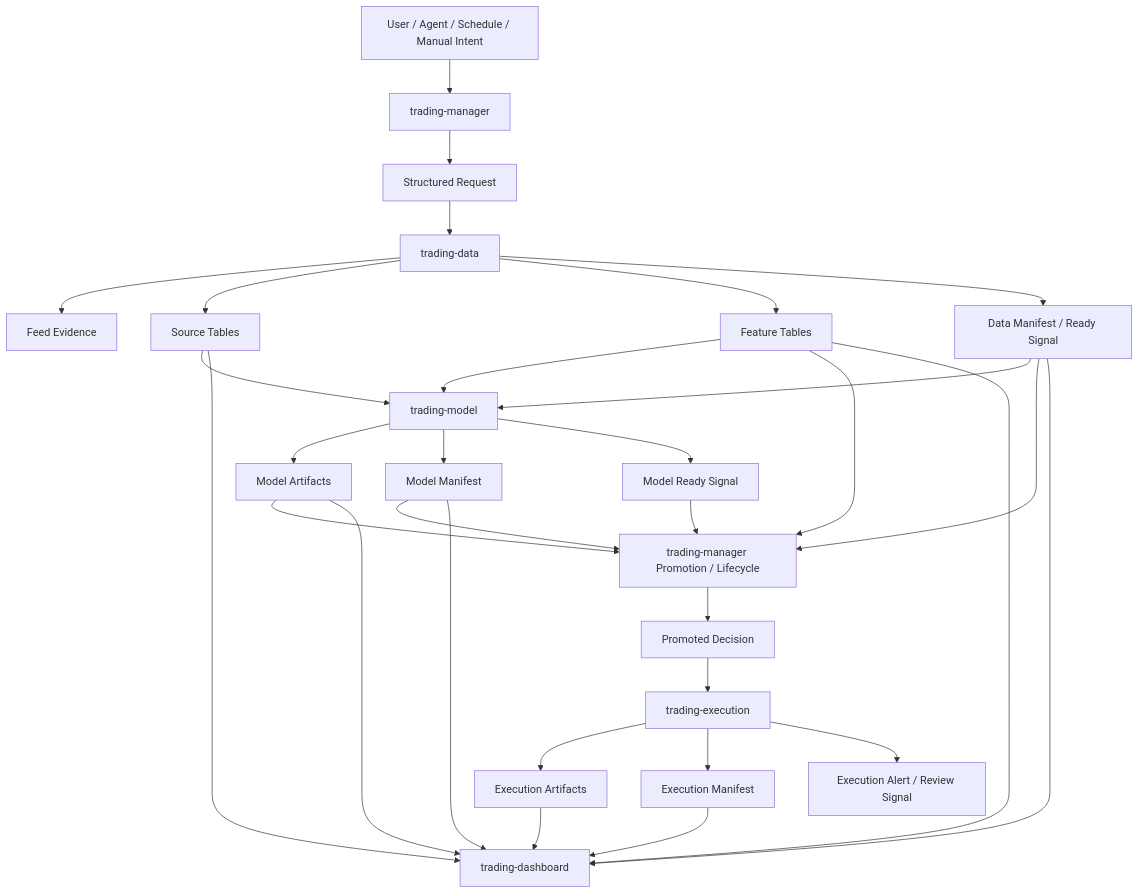
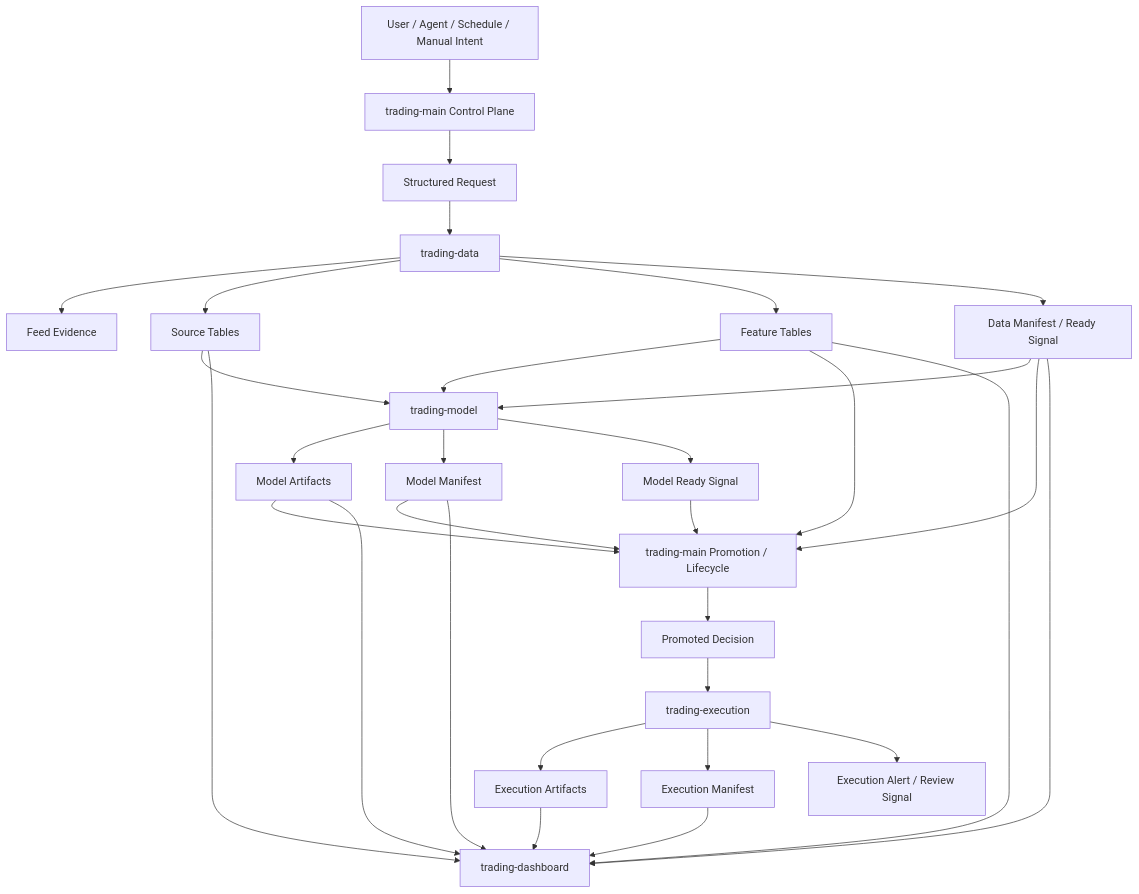
The diagram in docs/02_workflow.md (gilmore307/trading-manager), drawn with Mermaid before and after one commit. The commit also changed other lines of this file and 17 other files, not shown here.

Commit message:
Merge manager control plane into trading-main

````diff
--- a/docs/02_workflow.md
+++ b/docs/02_workflow.md
@@ -59,39 +59,39 @@
 ```mermaid
 flowchart TD
-  A[User / Agent / Schedule / Manual Intent] --> B[trading-manager]
+  A[User / Agent / Schedule / Manual Intent] --> B[trading-main Control Plane]
   B --> C[Structured Request]
   C --> D[trading-data]
   D --> E[Feed Evidence]
   D --> F[Source Tables]
   D --> G[Feature Tables]
   D --> H[Data Manifest / Ready Signal]
 
   F --> I[trading-model]
   G --> I
   H --> I
 
   I --> M[Model Artifacts]
   I --> N[Model Manifest]
   I --> O[Model Ready Signal]
 
-  M --> P[trading-manager Promotion / Lifecycle]
+  M --> P[trading-main Promotion / Lifecycle]
   N --> P
   O --> P
   G --> P
   H --> P
 
   P --> Q[Promoted Decision]
   Q --> R[trading-execution]
 
   R --> S[Execution Artifacts]
   R --> T[Execution Manifest]
   R --> U[Execution Alert / Review Signal]
 
   F --> V[trading-dashboard]
   G --> V
   M --> V
   S --> V
   H --> V
   N --> V
   T --> V
 ```
````
